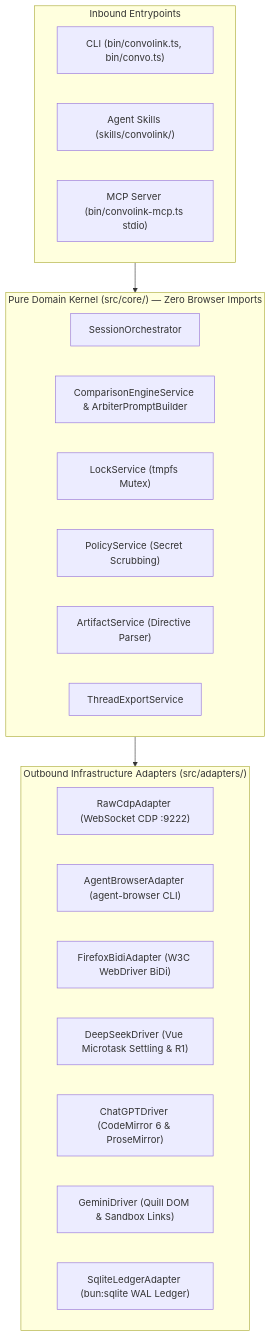
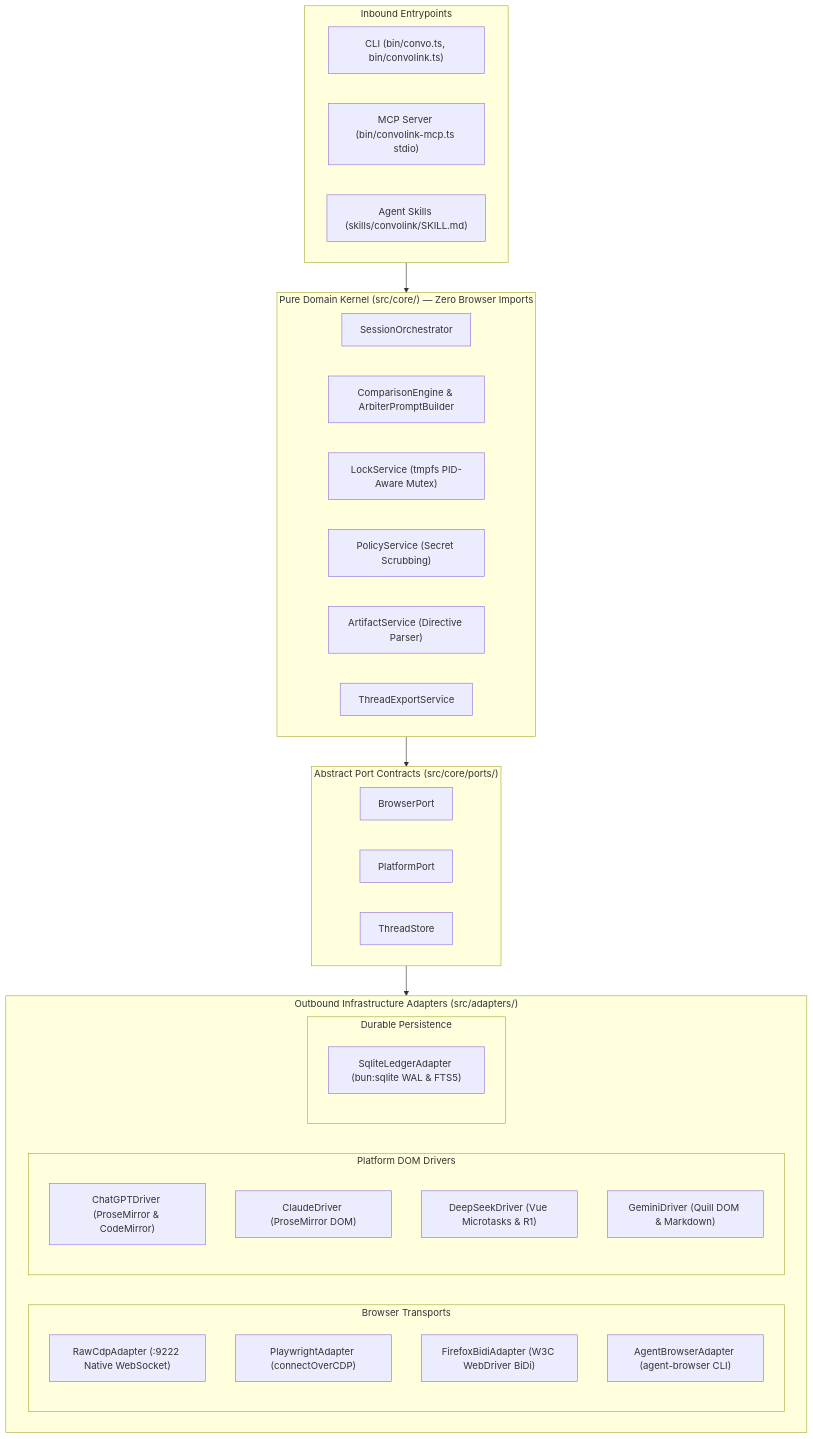
One commit to 0xTanzim/convolink changed the third of 3 diagrams in README.md. Above: the diagram before and after it, drawn with Mermaid. The commit also changed other lines of this file and 2 other files, not shown here.

Commit message:
docs: overhaul README with core problem statement, workflows, and MCP guide

````diff
--- a/README.md
+++ b/README.md
@@ -42,30 +266,45 @@
 ```mermaid
 flowchart TD
-    subgraph InboundEntrypoints ["Inbound Entrypoints"]
-        CLI["CLI (bin/convolink.ts, bin/convo.ts)"]
-        Skills["Agent Skills (skills/convolink/)"]
+    subgraph Inbound ["Inbound Entrypoints"]
+        CLI["CLI (bin/convo.ts, bin/convolink.ts)"]
         MCP["MCP Server (bin/convolink-mcp.ts stdio)"]
+        Skills["Agent Skills (skills/convolink/SKILL.md)"]
     end
 
-    subgraph CoreKernel ["Pure Domain Kernel (src/core/) — Zero Browser Imports"]
+    subgraph Core ["Pure Domain Kernel (src/core/) — Zero Browser Imports"]
         Orchestrator["SessionOrchestrator"]
-        ComparisonEngine["ComparisonEngineService & ArbiterPromptBuilder"]
-        LockService["LockService (tmpfs Mutex)"]
+        ComparisonEngine["ComparisonEngine & ArbiterPromptBuilder"]
+        LockService["LockService (tmpfs PID-Aware Mutex)"]
         PolicyService["PolicyService (Secret Scrubbing)"]
         ArtifactService["ArtifactService (Directive Parser)"]
         ThreadExport["ThreadExportService"]
     end
 
-    subgraph OutboundAdapters ["Outbound Infrastructure Adapters (src/adapters/)"]
-        CDP["RawCdpAdapter (WebSocket CDP :9222)"]
-        AgentBrowser["AgentBrowserAdapter (agent-browser CLI)"]
-        FirefoxBiDi["FirefoxBidiAdapter (W3C WebDriver BiDi)"]
-        DeepSeek["DeepSeekDriver (Vue Microtask Settling & R1)"]
-        ChatGPT["ChatGPTDriver (CodeMirror 6 & ProseMirror)"]
-        Gemini["GeminiDriver (Quill DOM & Sandbox Links)"]
-        Sqlite["SqliteLedgerAdapter (bun:sqlite WAL Ledger)"]
+    subgraph Ports ["Abstract Port Contracts (src/core/ports/)"]
+        BrowserPort["BrowserPort"]
+        PlatformPort["PlatformPort"]
+        ThreadStore["ThreadStore"]
     end
 
-    InboundEntrypoints --> CoreKernel
-    CoreKernel --> OutboundAdapters
+    subgraph Outbound ["Outbound Infrastructure Adapters (src/adapters/)"]
+        subgraph Transports ["Browser Transports"]
+            CDP["RawCdpAdapter (:9222 Native WebSocket)"]
+            PW["PlaywrightAdapter (connectOverCDP)"]
+            BiDi["FirefoxBidiAdapter (W3C WebDriver BiDi)"]
+            AB["AgentBrowserAdapter (agent-browser CLI)"]
+        end
+        subgraph Drivers ["Platform DOM Drivers"]
+            ChatGPTDriver["ChatGPTDriver (ProseMirror & CodeMirror)"]
+            ClaudeDriver["ClaudeDriver (ProseMirror DOM)"]
+            DeepSeekDriver["DeepSeekDriver (Vue Microtasks & R1)"]
+            GeminiDriver["GeminiDriver (Quill DOM & Markdown)"]
+        end
+        subgraph Storage ["Durable Persistence"]
+            SqliteLedger["SqliteLedgerAdapter (bun:sqlite WAL & FTS5)"]
+        end
+    end
+
+    Inbound --> Core
+    Core --> Ports
+    Ports --> Outbound
 ```
````
